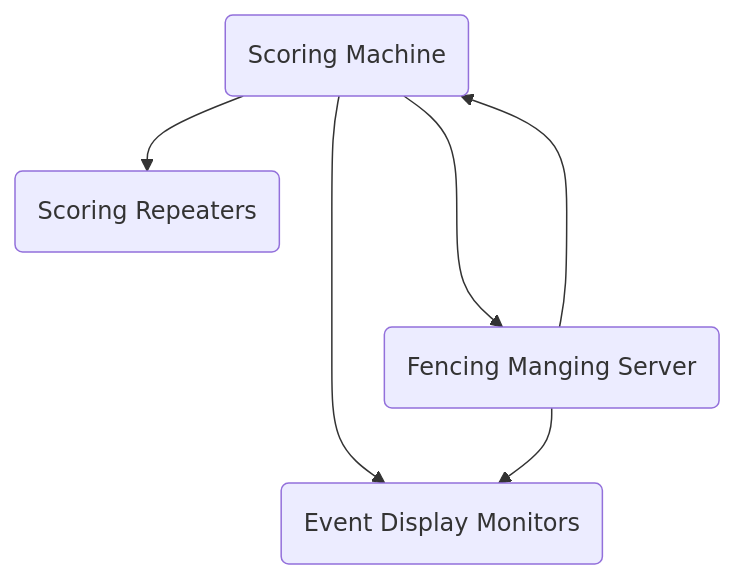
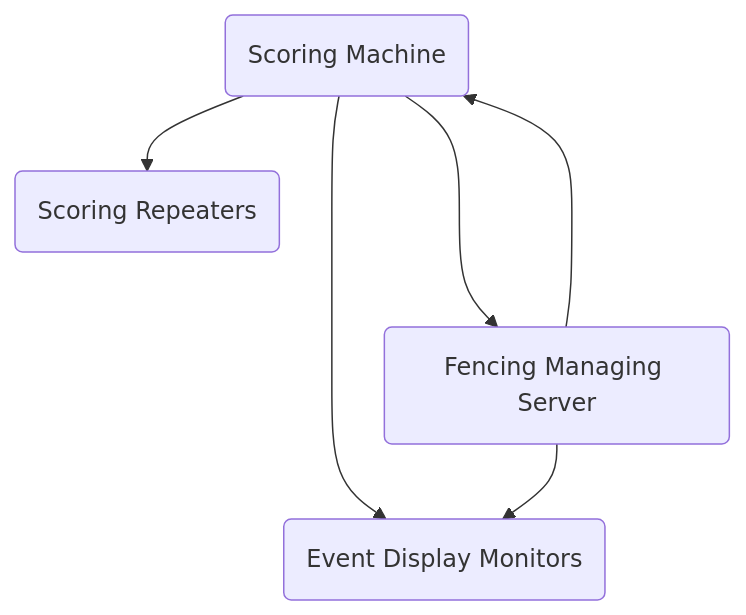
The diagram in README.md (seigel/cyrano), drawn with Mermaid before and after one commit.

Commit message:
chore(readme): correct spelling in description of tool

````diff
--- a/README.md
+++ b/README.md
@@ -8,8 +8,8 @@
 ```mermaid
 graph TD
-    A(Scoring Machine) ---> B(Fencing Manging Server)
+    A(Scoring Machine) ---> B(Fencing Managing Server)
     B ---> A
     A --> C(Scoring Repeaters)
     A --> D(Event Display Monitors)
     B --> D
  ```
````
